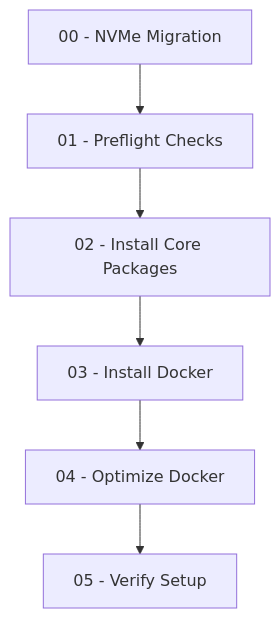
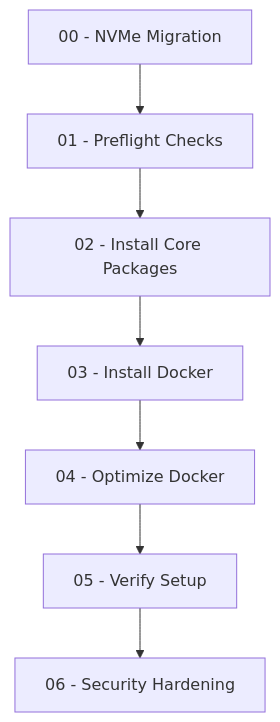
The diagram in bootstrap/README.md (quarter-pounder/pi-at-home-bootstrap), drawn with Mermaid before and after one commit. The commit also changed other lines of this file and 3 other files, not shown here.

Commit message:
Add basic security hardening back to bootstrap

````diff
--- a/bootstrap/README.md
+++ b/bootstrap/README.md
@@ -16,8 +16,9 @@
 ```mermaid
 graph TD
   A[00 - NVMe Migration] --> B[01 - Preflight Checks]
   B --> C[02 - Install Core Packages]
   C --> D[03 - Install Docker]
   D --> E[04 - Optimize Docker]
   E --> F[05 - Verify Setup]
+  F --> G[06 - Security Hardening]
 ```
````
